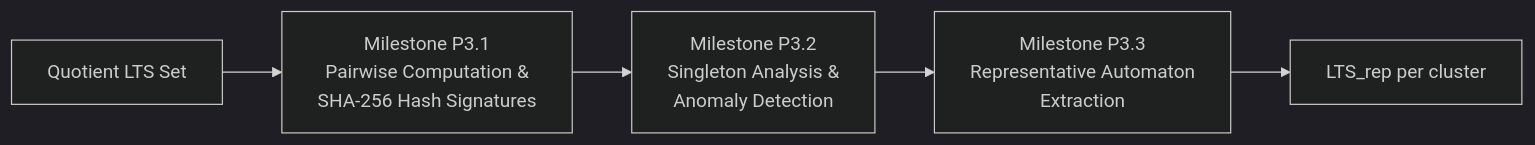
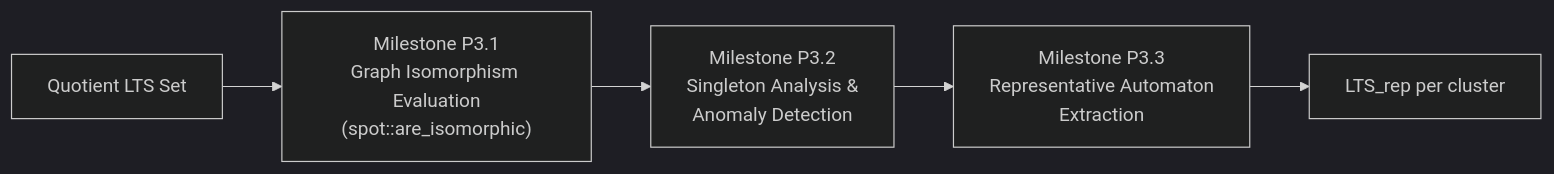
Before and after one commit to FYP-Epsilon/Vibe-Check: the fourth of 6 diagrams in docs/module_summery/Module_03_Equivalence_Engine.md, drawn with Mermaid (dark theme). The commit also changed other lines of this file and 3 other files, not shown here.

````diff
--- a/docs/module_summery/Module_03_Equivalence_Engine.md
+++ b/docs/module_summery/Module_03_Equivalence_Engine.md
@@ -345,10 +354,11 @@
 ```mermaid
 flowchart LR
     QLTS["Quotient LTS Set"]
-    C1["Milestone P3.1<br/>Pairwise Computation &<br/>SHA-256 Hash Signatures"]
+    C1["Milestone P3.1<br/>Graph Isomorphism Evaluation<br/>(spot::are_isomorphic)"]
     C2["Milestone P3.2<br/>Singleton Analysis &<br/>Anomaly Detection"]
     C3["Milestone P3.3<br/>Representative Automaton<br/>Extraction"]
     REP["LTS_rep per cluster"]
 
     QLTS --> C1 --> C2 --> C3 --> REP
+
 ```
````
